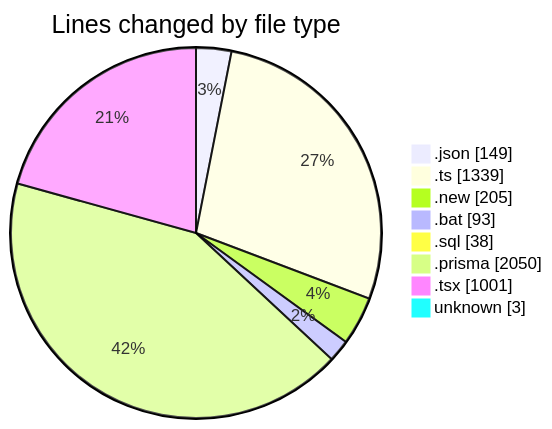
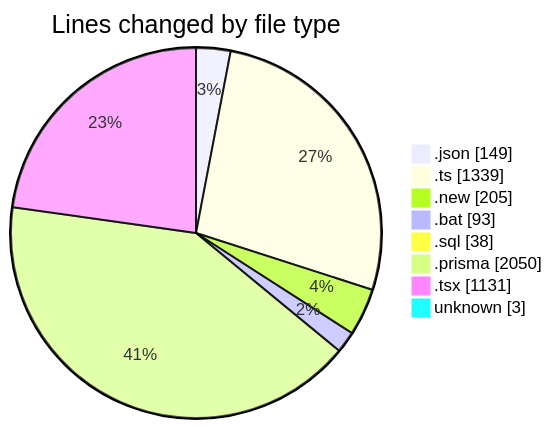
One commit to CELIANVF/code-tracking changed the first of 2 diagrams in 2025-05-20/ecodeli-1/README.md. Above: the diagram before and after it, drawn with Mermaid. The commit also changed other lines of this file and 1 other file, not shown here.

````diff
--- a/2025-05-20/ecodeli-1/README.md
+++ b/2025-05-20/ecodeli-1/README.md
@@ -42,12 +42,12 @@
 ```mermaid
 pie showData
 title Lines changed by file type
 ".json" : 149
 ".ts" : 1339
 ".new" : 205
 ".bat" : 93
 ".sql" : 38
 ".prisma" : 2050
-".tsx" : 1001
+".tsx" : 1131
 "unknown" : 3
 ```
````
